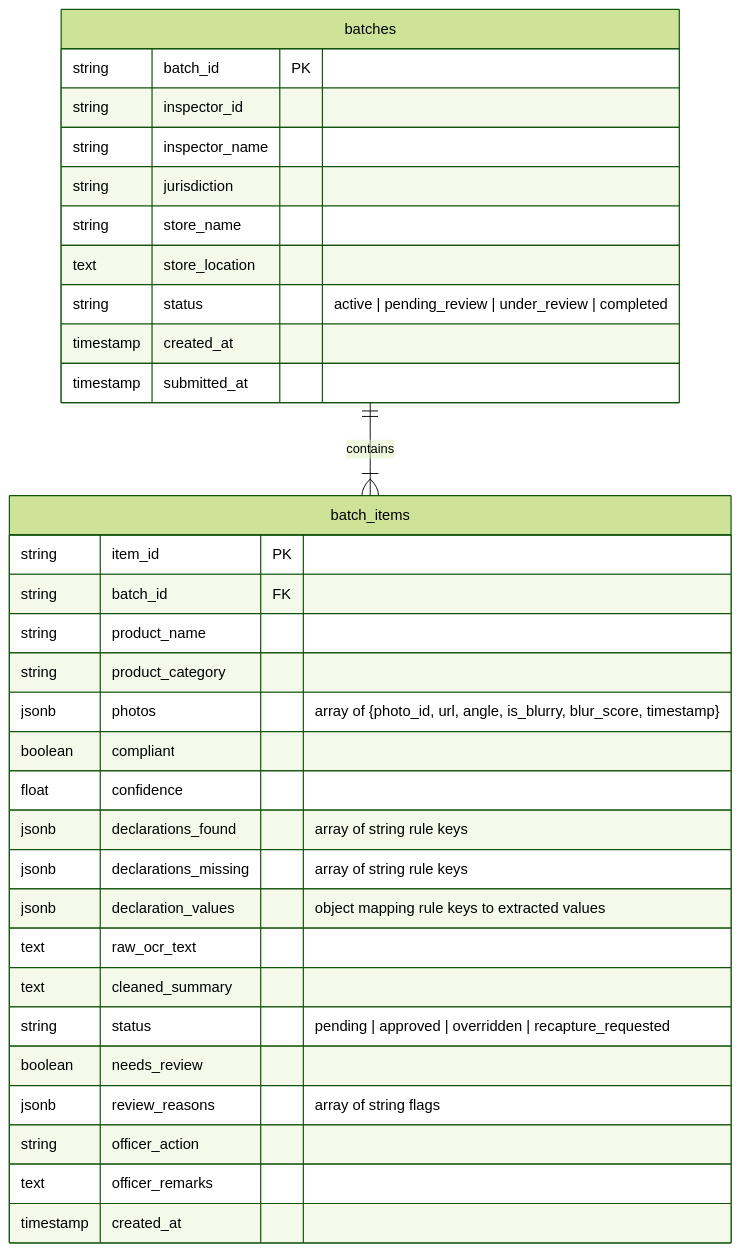
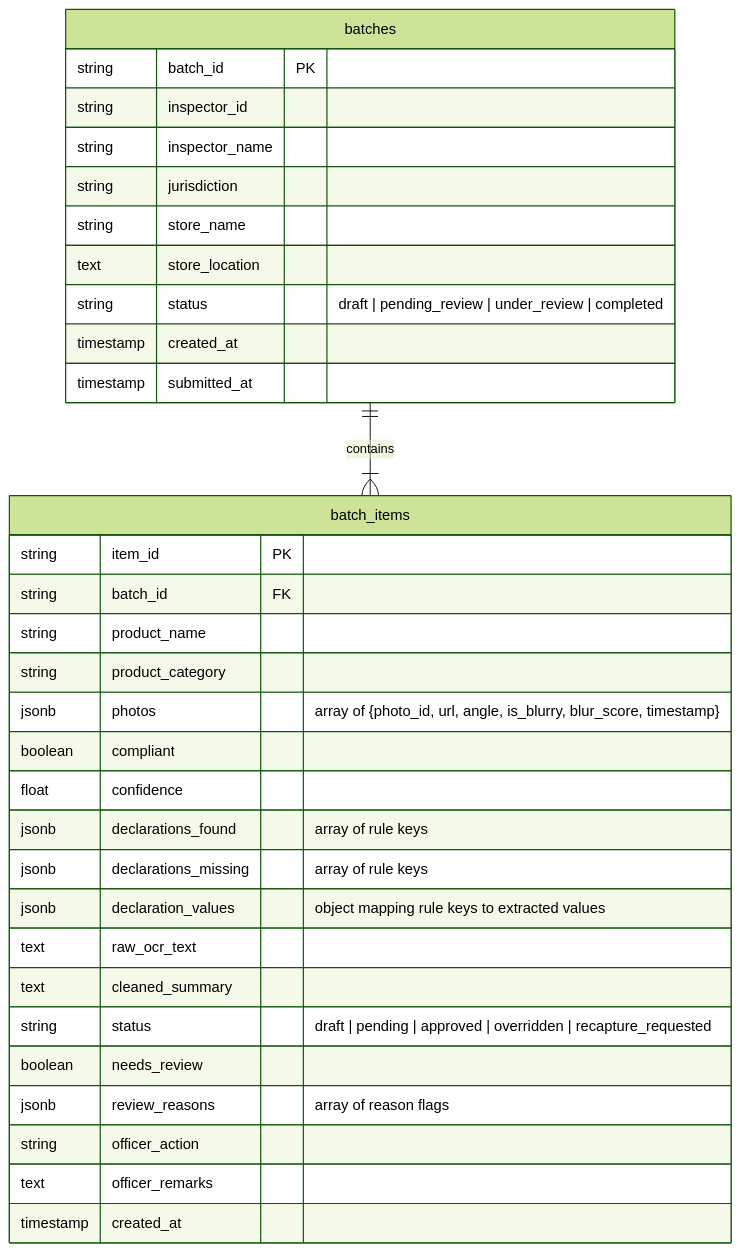
One commit to nilesh0199/LabelLens changed the second of 2 diagrams in docs/ARCHITECTURE.md. Above: the diagram before and after it, drawn with Mermaid (forest theme). The commit also changed other lines of this file and 8 other files, not shown here.

````diff
--- a/docs/ARCHITECTURE.md
+++ b/docs/ARCHITECTURE.md
@@ -58,37 +63,37 @@
 ```mermaid
 erDiagram
     batches ||--|{ batch_items : "contains"
 
     batches {
         string batch_id PK
         string inspector_id
         string inspector_name
         string jurisdiction
         string store_name
         text store_location
-        string status "active | pending_review | under_review | completed"
+        string status "draft | pending_review | under_review | completed"
         timestamp created_at
         timestamp submitted_at
     }
 
     batch_items {
         string item_id PK
         string batch_id FK
         string product_name
         string product_category
         jsonb photos "array of {photo_id, url, angle, is_blurry, blur_score, timestamp}"
         boolean compliant
         float confidence
-        jsonb declarations_found "array of string rule keys"
-        jsonb declarations_missing "array of string rule keys"
+        jsonb declarations_found "array of rule keys"
+        jsonb declarations_missing "array of rule keys"
         jsonb declaration_values "object mapping rule keys to extracted values"
         text raw_ocr_text
         text cleaned_summary
-        string status "pending | approved | overridden | recapture_requested"
+        string status "draft | pending | approved | overridden | recapture_requested"
         boolean needs_review
-        jsonb review_reasons "array of string flags"
+        jsonb review_reasons "array of reason flags"
         string officer_action
         text officer_remarks
         timestamp created_at
     }
 ```
````
